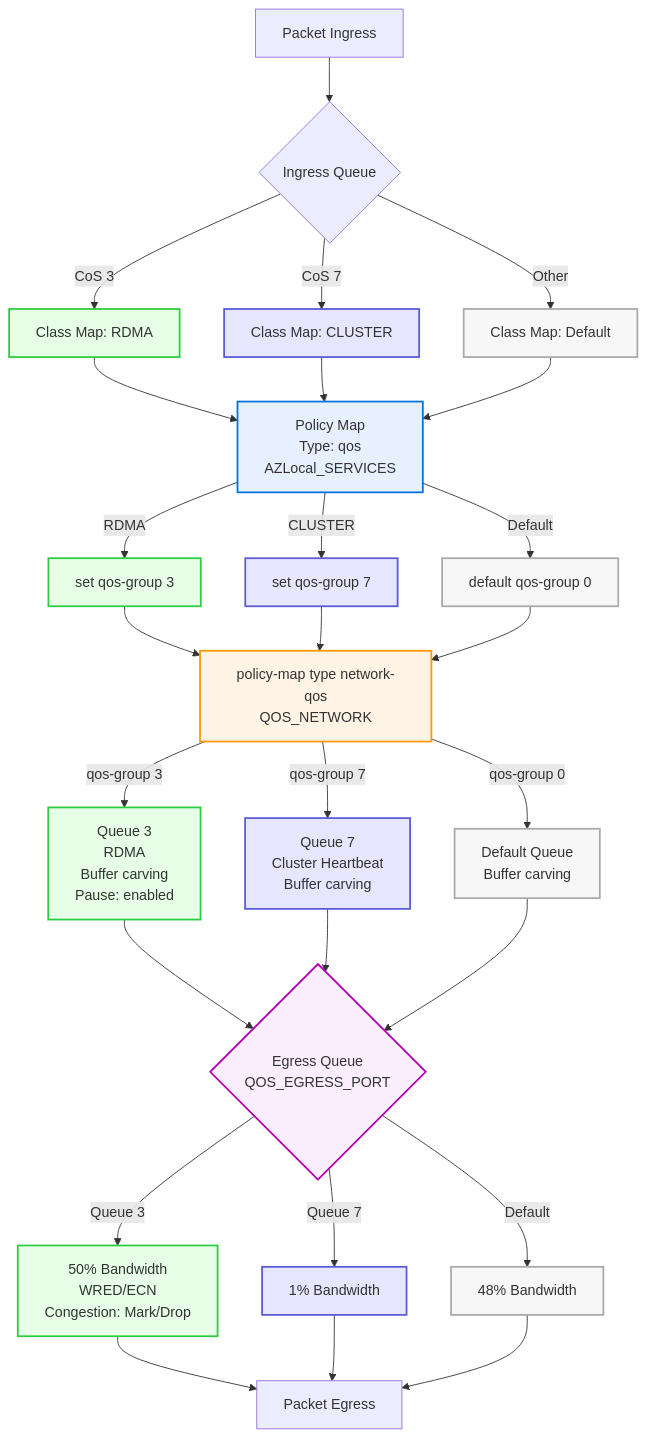
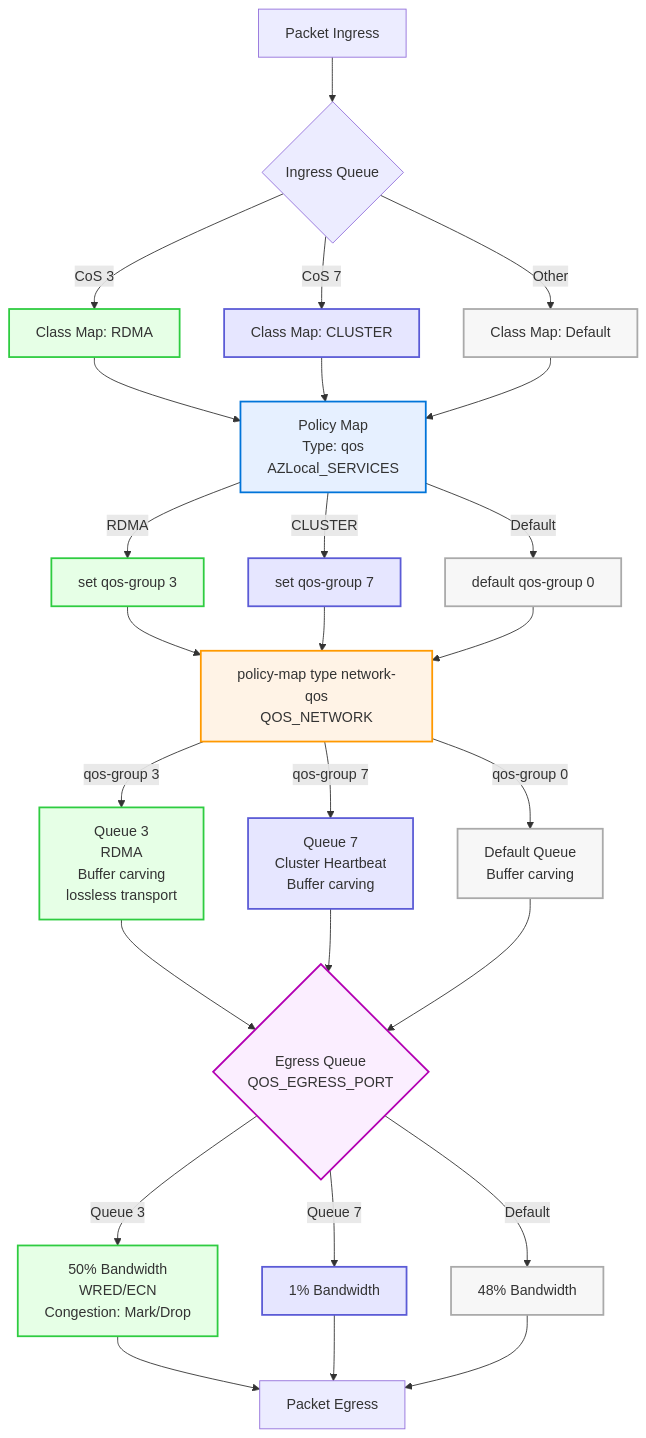
One commit to Azure/AzureLocal-Supportability changed the diagram in TSG/Networking/qos.md. Above: the diagram before and after it, drawn with Mermaid.

Commit message:
Update QoS flowchart to clarify lossless transport for Queue 3

````diff
--- a/TSG/Networking/qos.md
+++ b/TSG/Networking/qos.md
@@ -5,43 +5,43 @@
 ```mermaid
 flowchart TD
   A[Packet Ingress]:::ingress --> B{Ingress Queue}:::ingressqueue
   B -- CoS 3 --> C[Class Map: RDMA]:::cos3
   B -- CoS 7 --> D[Class Map: CLUSTER]:::cos7
   B -- Other --> E[Class Map: Default]:::defaultclass
 
   C --> F[Policy Map<br>Type: qos<br>AZLocal_SERVICES]:::qosmap
   D --> F
   E --> F
 
   F -- RDMA --> F3[set qos-group 3]:::cos3
   F -- CLUSTER --> G7[set qos-group 7]:::cos7
   F -- Default --> H0[default qos-group 0]:::defaultclass
 
   F3 --> X[policy-map type network-qos<br>QOS_NETWORK]:::networkqos
   G7 --> X
   H0 --> X
 
-  X -- qos-group 3 --> J[Queue 3<br>RDMA<br>Buffer carving<br>Pause: enabled]:::cos3
+  X -- qos-group 3 --> J[Queue 3<br>RDMA<br>Buffer carving<br>lossless transport]:::cos3
   X -- qos-group 7 --> K[Queue 7<br>Cluster Heartbeat<br>Buffer carving]:::cos7
   X -- qos-group 0 --> L[Default Queue<br>Buffer carving]:::defaultclass
 
   J --> M{Egress Queue<br>QOS_EGRESS_PORT}:::egressqueue
   K --> M
   L --> M
 
   M -- Queue 3 --> N[50% Bandwidth<br>WRED/ECN<br>Congestion: Mark/Drop]:::cos3
   M -- Queue 7 --> O[1% Bandwidth]:::cos7
   M -- Default --> P[48% Bandwidth]:::defaultclass
 
   N --> Q[Packet Egress]
   O --> Q
   P --> Q
 
   %% Annotations
   classDef cos3 fill:#e6ffe6,stroke:#2ecc40,stroke-width:2px;
   classDef cos7 fill:#e6e6ff,stroke:#5b5bd6,stroke-width:2px;
   classDef defaultclass fill:#f7f7f7,stroke:#aaaaaa,stroke-width:2px;
   classDef networkqos fill:#fff3e6,stroke:#ff9900,stroke-width:2px;
   classDef qosmap fill:#e6f0ff,stroke:#0074d9,stroke-width:2px;
   classDef egressqueue fill:#fbeeff,stroke:#b300b3,stroke-width:2px;
 ```
````
